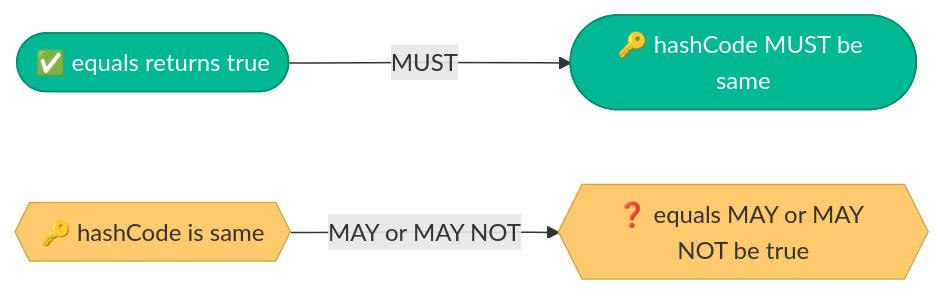
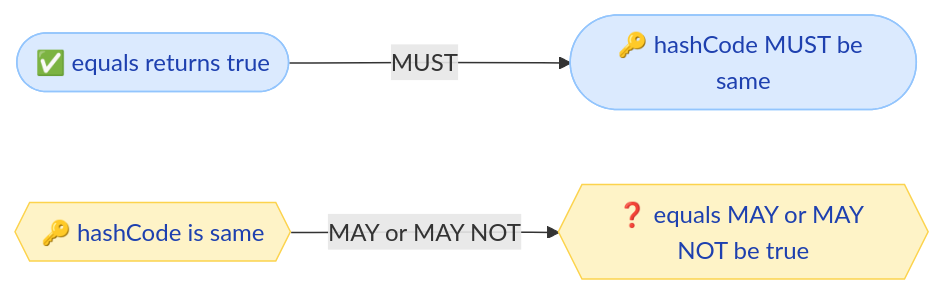
The first of 2 diagrams in docs/java/EqualsHashCode.md (saivamsikaruturi/vamsilabs-dev-notes-main), drawn with Mermaid before and after one commit. The commit also changed other lines of this file and 220 other files, not shown here.

First line of the commit message:
Add 50+ new Java/Spring Boot pages, rewrite CSS code blocks to Oracle style, fix all diagram colors

````diff
--- a/docs/java/EqualsHashCode.md
+++ b/docs/java/EqualsHashCode.md
@@ -15,10 +15,10 @@
 ```mermaid
 flowchart LR
     A(["✅ equals returns true"]) -->|MUST| B(["🔑 hashCode MUST be same"])
     C{{"🔑 hashCode is same"}} -->|MAY or MAY NOT| D{{"❓ equals MAY or MAY NOT be true"}}
 
-    style A fill:#00b894,stroke:#008c6e,color:#fff
-    style B fill:#00b894,stroke:#008c6e,color:#fff
-    style C fill:#fdcb6e,stroke:#d4a84b,color:#333
-    style D fill:#fdcb6e,stroke:#d4a84b,color:#333
+    style A fill:#DBEAFE,stroke:#93C5FD,color:#1E40AF
+    style B fill:#DBEAFE,stroke:#93C5FD,color:#1E40AF
+    style C fill:#FEF3C7,stroke:#FCD34D,color:#1E40AF
+    style D fill:#FEF3C7,stroke:#FCD34D,color:#1E40AF
 ```
````
